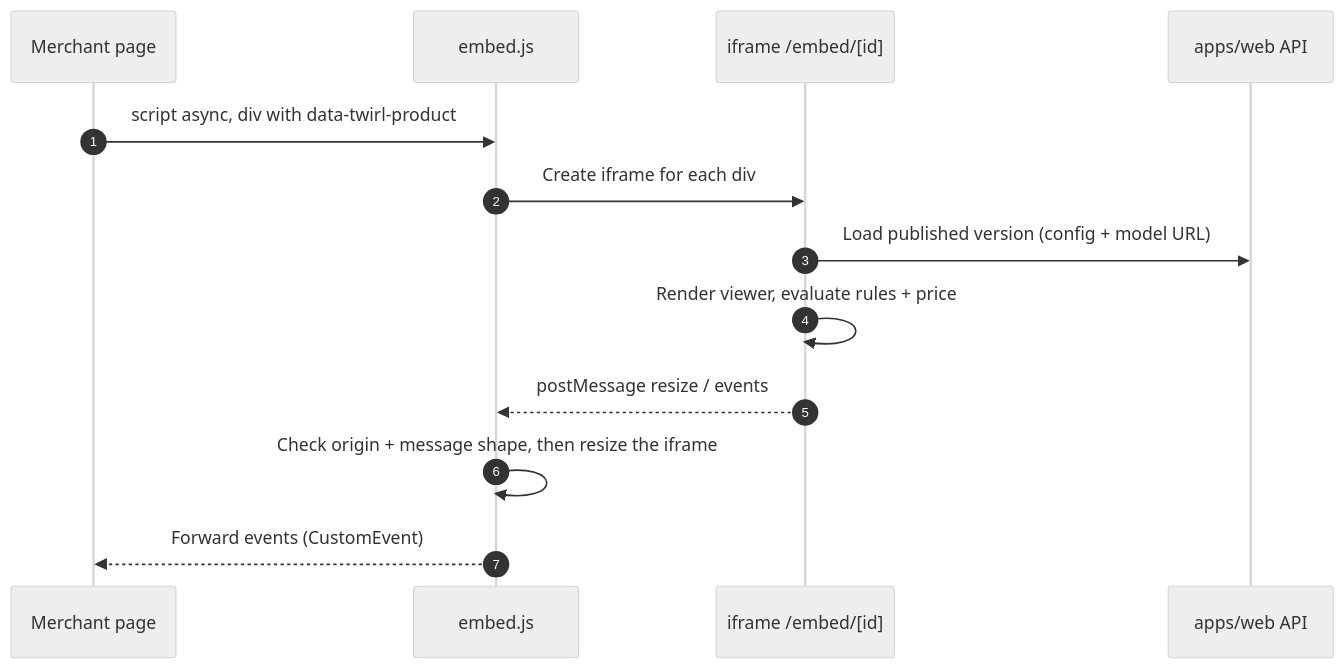
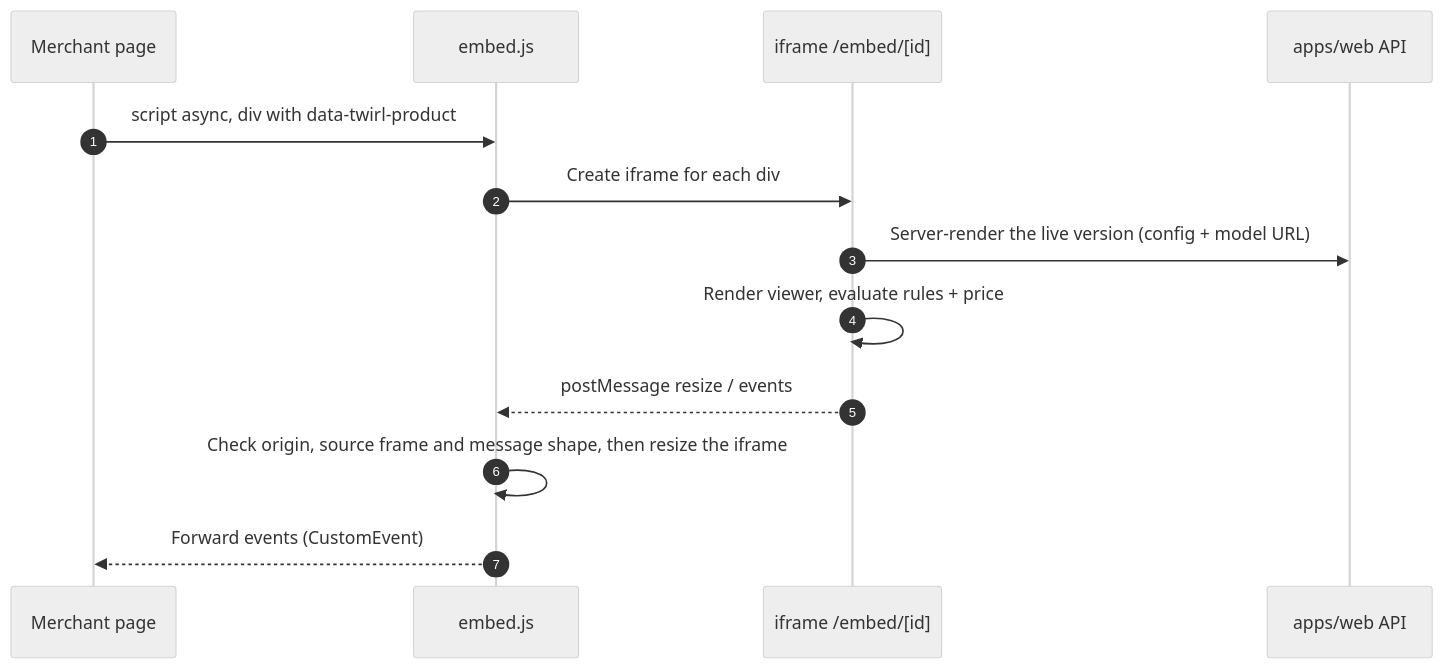
The fifth of 5 diagrams in docs/architecture.md (AineMuhammad/twirl), drawn with Mermaid (neutral theme) before and after one commit. The commit also changed other lines of this file and 2 other files, not shown here.

Commit message:
docs(adr): embedding on merchants' sites

````diff
--- a/docs/architecture.md
+++ b/docs/architecture.md
@@ -167,16 +169,16 @@
 ```mermaid
 sequenceDiagram
   autonumber
   participant Page as Merchant page
   participant JS as embed.js
   participant Frame as iframe /embed/[id]
   participant API as apps/web API
 
   Page->>JS: script async, div with data-twirl-product
   JS->>Frame: Create iframe for each div
-  Frame->>API: Load published version (config + model URL)
+  Frame->>API: Server-render the live version (config + model URL)
   Frame->>Frame: Render viewer, evaluate rules + price
   Frame-->>JS: postMessage resize / events
-  JS->>JS: Check origin + message shape, then resize the iframe
+  JS->>JS: Check origin, source frame and message shape, then resize the iframe
   JS-->>Page: Forward events (CustomEvent)
 ```
````
